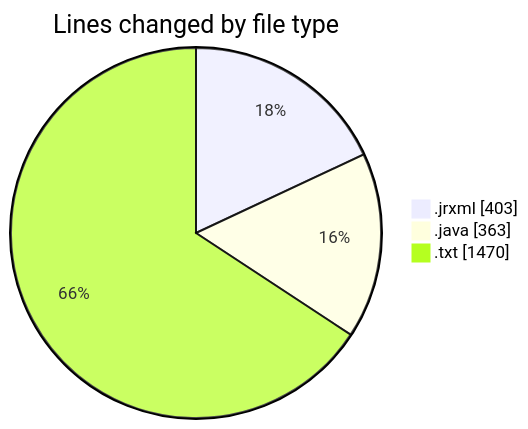
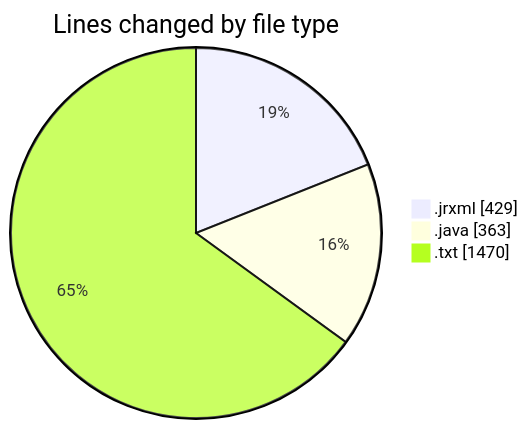
Before and after one commit to ricardozamudiocil/code-tracking: the first of 2 diagrams in 2026-09-17/cilreports__workspace_/README.md, drawn with Mermaid. The commit also changed other lines of this file and 1 other file, not shown here.

````diff
--- a/2026-09-17/cilreports__workspace_/README.md
+++ b/2026-09-17/cilreports__workspace_/README.md
@@ -24,7 +24,7 @@
 ```mermaid
 pie showData
 title Lines changed by file type
-".jrxml" : 403
+".jrxml" : 429
 ".java" : 363
 ".txt" : 1470
 ```
````
